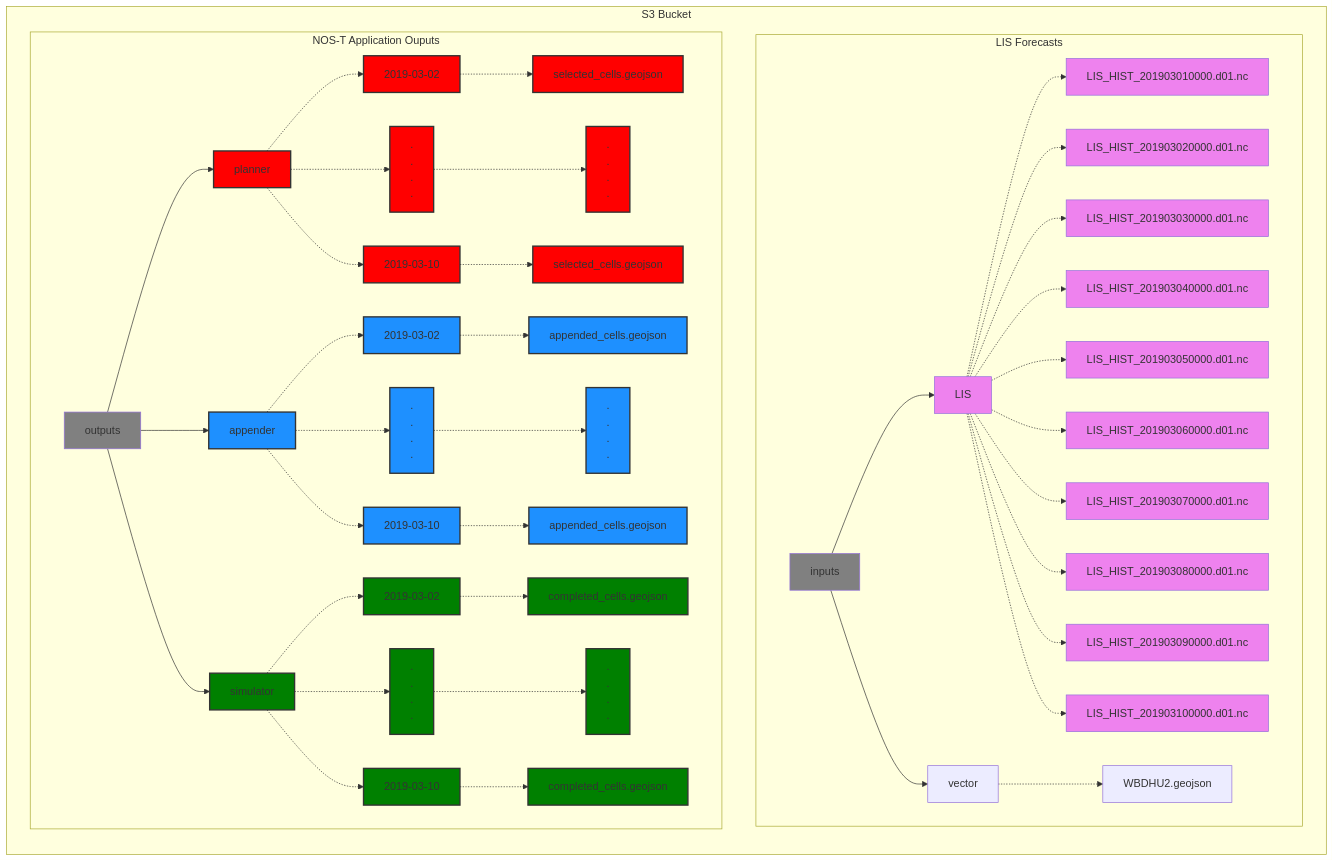
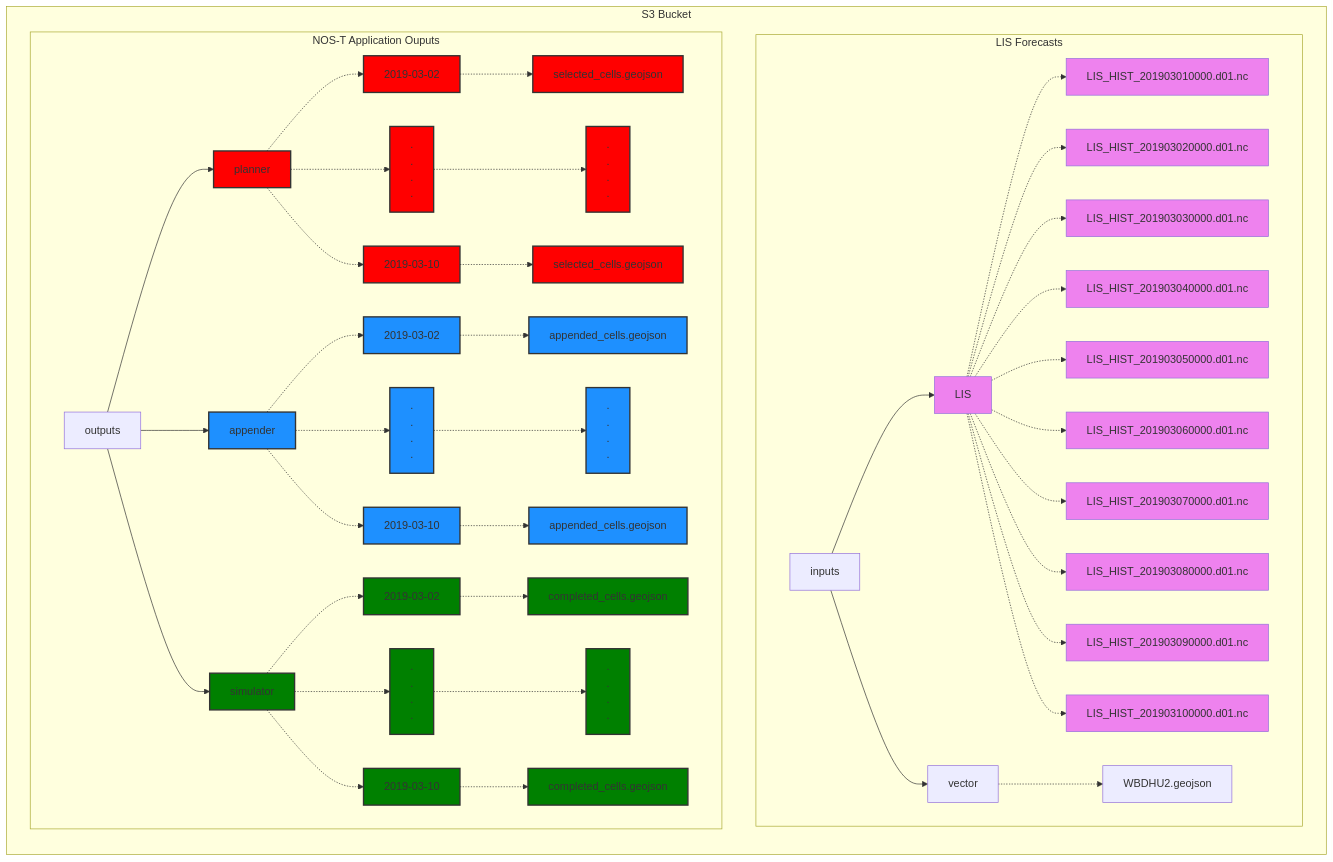
One commit to code-lab-org/sos changed the third of 3 diagrams in README.md. Above: the diagram before and after it, drawn with Mermaid.

Commit message:
update figure

````diff
--- a/README.md
+++ b/README.md
@@ -170,82 +170,80 @@
 ```mermaid
 graph LR
 
     subgraph S3Bucket["S3 Bucket"]
         subgraph Inputs["LIS Forecasts"]
         inputs --> LIS
         inputs --> vector
         LIS -.-> for1["LIS_HIST_201903010000.d01.nc"]
         LIS -.-> for2["LIS_HIST_201903020000.d01.nc"]
         LIS -.-> for3["LIS_HIST_201903030000.d01.nc"]
         LIS -.-> for4["LIS_HIST_201903040000.d01.nc"]
         LIS -.-> for5["LIS_HIST_201903050000.d01.nc"]
         LIS -.-> for6["LIS_HIST_201903060000.d01.nc"]
         LIS -.-> for7["LIS_HIST_201903070000.d01.nc"]
         LIS -.-> for8["LIS_HIST_201903080000.d01.nc"]
         LIS -.-> for9["LIS_HIST_201903090000.d01.nc"]
         LIS -.-> for10["LIS_HIST_201903100000.d01.nc"]
         vector -.-> geoj["WBDHU2.geojson"]
         end
         subgraph Outputs["NOS-T Application Ouputs"]
         outputs --> planner
         outputs --> appender
         outputs --> simulator
         planner -.-> d1p["2019-03-02"]
         planner -.-> d1p2[".<br/>.<br/>.<br/>."]
         planner -.-> d1p3["2019-03-10"]
         d1p -.-> selected["selected_cells.geojson"]
         d1p2 -.-> selected2[".<br/>.<br/>.<br/>."]
         d1p3 -.-> selected3["selected_cells.geojson"]
         appender -.-> d1a["2019-03-02"]
         appender -.-> d1a2[".<br/>.<br/>.<br/>."]
         appender -.-> d1a3["2019-03-10"]
         d1a -.-> appended["appended_cells.geojson"]
         d1a2 -.->appended2[".<br/>.<br/>.<br/>."]
         d1a3 -.-> appended3["appended_cells.geojson"]
         simulator -.-> d1s["2019-03-02"]
         simulator -.-> d1s2[".<br/>.<br/>.<br/>."]
         simulator -.-> d1s3["2019-03-10"]
         d1s -.-> simulated["completed_cells.geojson"]
         d1s2 -.->simulated2[".<br/>.<br/>.<br/>."]
         d1s3 -.-> simulated3["completed_cells.geojson"]
         end
     end
 
     style planner fill: #ff0000, stroke: #333, stroke-width: 2px
     style d1p fill: #ff0000, stroke: #333, stroke-width: 2px
     style d1p2 fill: #ff0000, stroke: #333, stroke-width: 2px
     style d1p3 fill: #ff0000, stroke: #333, stroke-width: 2px
     style selected fill: #ff0000, stroke: #333, stroke-width: 2px
     style selected2 fill: #ff0000, stroke: #333, stroke-width: 2px
     style selected3 fill: #ff0000, stroke: #333, stroke-width: 2px
 
     style appender fill: #1e90ff, stroke: #333, stroke-width: 2px
     style d1a fill: #1e90ff, stroke: #333, stroke-width: 2px
     style d1a2 fill: #1e90ff, stroke: #333, stroke-width: 2px
     style d1a3 fill: #1e90ff, stroke: #333, stroke-width: 2px
     style appended fill: #1e90ff, stroke: #333, stroke-width: 2px
     style appended2 fill: #1e90ff, stroke: #333, stroke-width: 2px
     style appended3 fill: #1e90ff, stroke: #333, stroke-width: 2px
 
     style simulator fill: #008000, stroke: #333, stroke-width: 2px
     style d1s fill: #008000, stroke: #333, stroke-width: 2px
     style d1s2 fill: #008000, stroke: #333, stroke-width: 2px
     style d1s3 fill: #008000, stroke: #333, stroke-width: 2px
     style simulated fill: #008000, stroke: #333, stroke-width: 2px
     style simulated2 fill: #008000, stroke: #333, stroke-width: 2px
     style simulated3 fill: #008000, stroke: #333, stroke-width: 2px
 
-    style inputs fill:Grey
-    style outputs fill:Grey
     style LIS fill:Violet
     style for1 fill:Violet
     style for2 fill:Violet
     style for3 fill:Violet
     style for4 fill:Violet
     style for5 fill:Violet
     style for6 fill:Violet
     style for7 fill:Violet
     style for8 fill:Violet
     style for9 fill:Violet
     style for10 fill:Violet
 ```
````
